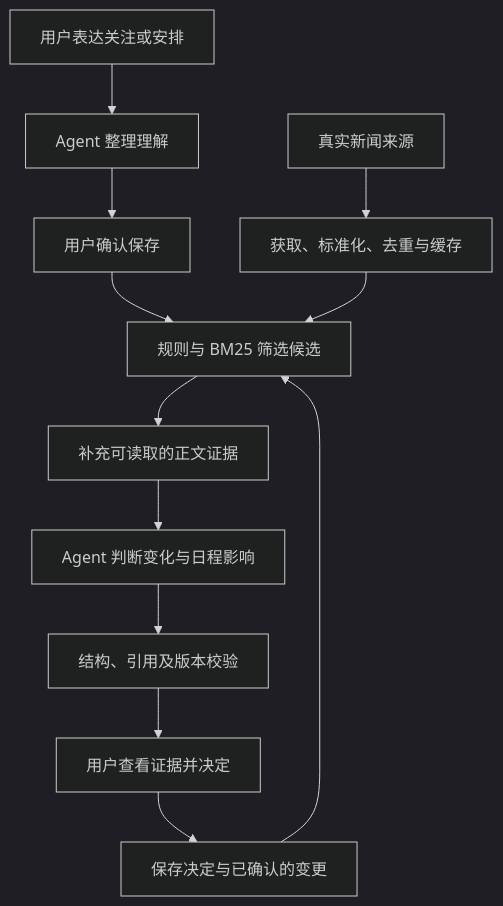
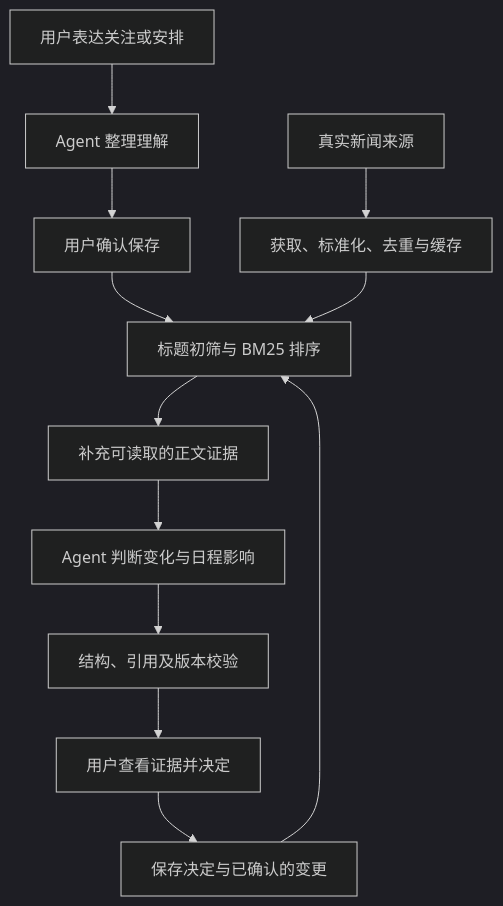
The diagram in README.md (zhiguang127/cfaw-news-agent), drawn with Mermaid (dark theme) before and after one commit. The commit also changed other lines of this file and 124 other files, not shown here.

````diff
--- a/README.md
+++ b/README.md
@@ -147,14 +183,14 @@
 ```mermaid
 flowchart TD
     U[用户表达关注或安排] --> P[Agent 整理理解]
     P --> C[用户确认保存]
     N[真实新闻来源] --> F[获取、标准化、去重与缓存]
-    C --> R[规则与 BM25 筛选候选]
+    C --> R[标题初筛与 BM25 排序]
     F --> R
     R --> E[补充可读取的正文证据]
     E --> A[Agent 判断变化与日程影响]
     A --> V[结构、引用及版本校验]
     V --> D[用户查看证据并决定]
     D --> M[保存决定与已确认的变更]
     M --> R
 ```
````
